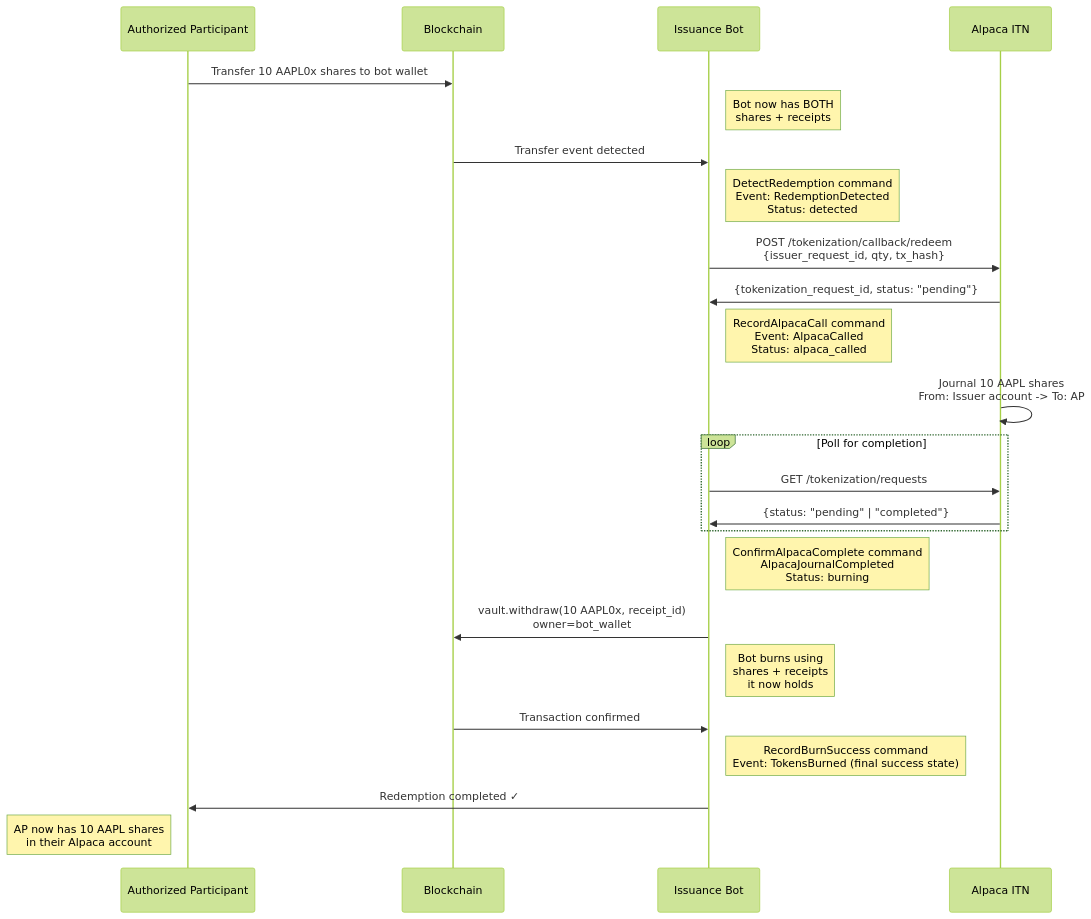
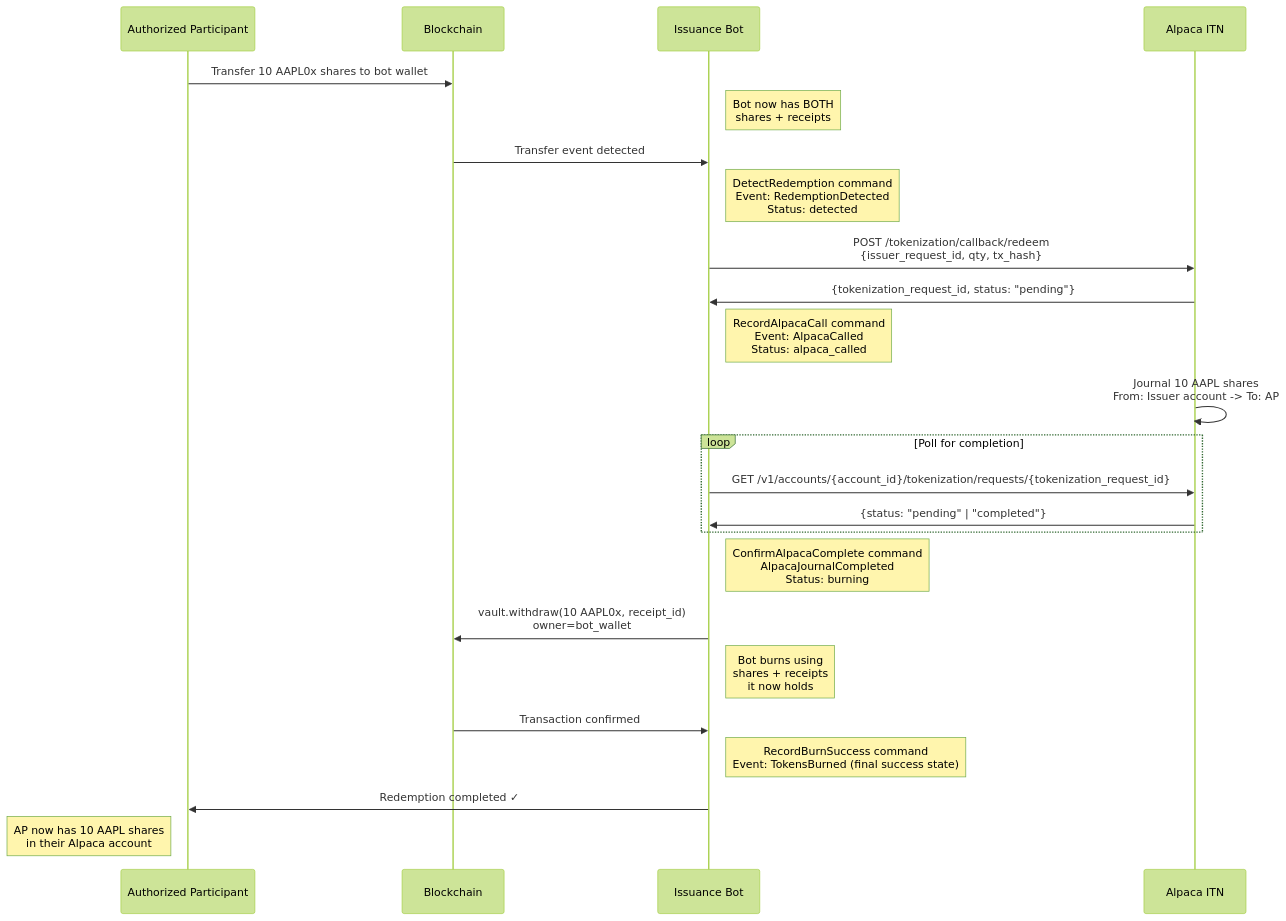
The fifth of 7 diagrams in SPEC.md (ST0x-Technology/st0x.issuance), drawn with Mermaid (forest theme) before and after one commit. The commit also changed other lines of this file and 11 other files, not shown here.

Commit message:
RAI-912: Switch Alpaca journal polling to per-request GET endpoints

````diff
--- a/SPEC.md
+++ b/SPEC.md
@@ -1330,33 +1330,33 @@
 ```mermaid
 sequenceDiagram
     participant AP as Authorized Participant
     participant Blockchain as Blockchain
     participant Us as Issuance Bot
     participant Alpaca as Alpaca ITN
 
     AP->>Blockchain: Transfer 10 AAPL0x shares to bot wallet
     Note right of Us: Bot now has BOTH<br/>shares + receipts
     Blockchain->>Us: Transfer event detected
     Note right of Us: DetectRedemption command<br/>Event: RedemptionDetected<br/>Status: detected
 
     Us->>Alpaca: POST /tokenization/callback/redeem<br/>{issuer_request_id, qty, tx_hash}
     Alpaca->>Us: {tokenization_request_id, status: "pending"}
     Note right of Us: RecordAlpacaCall command<br/>Event: AlpacaCalled<br/>Status: alpaca_called
 
     Alpaca->>Alpaca: Journal 10 AAPL shares<br/>From: Issuer account -> To: AP
 
     loop Poll for completion
-        Us->>Alpaca: GET /tokenization/requests
+        Us->>Alpaca: GET /v1/accounts/{account_id}/tokenization/requests/{tokenization_request_id}
         Alpaca->>Us: {status: "pending" | "completed"}
     end
 
     Note right of Us: ConfirmAlpacaComplete command<br/>AlpacaJournalCompleted<br/>Status: burning
 
     Us->>Blockchain: vault.withdraw(10 AAPL0x, receipt_id)<br/>owner=bot_wallet
     Note right of Us: Bot burns using<br/>shares + receipts<br/>it now holds
     Blockchain->>Us: Transaction confirmed
     Note right of Us: RecordBurnSuccess command<br/>Event: TokensBurned (final success state)
 
     Us->>AP: Redemption completed ✓
     Note left of AP: AP now has 10 AAPL shares<br/>in their Alpaca account
 ```
````
